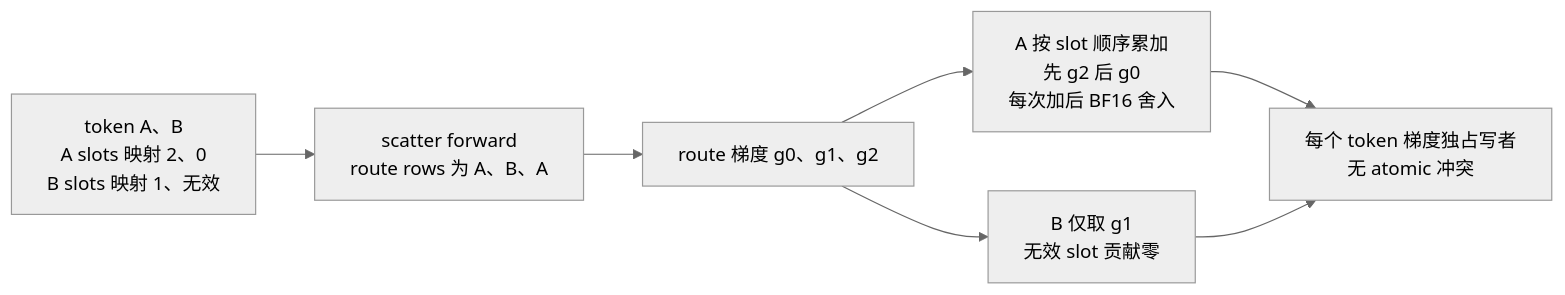
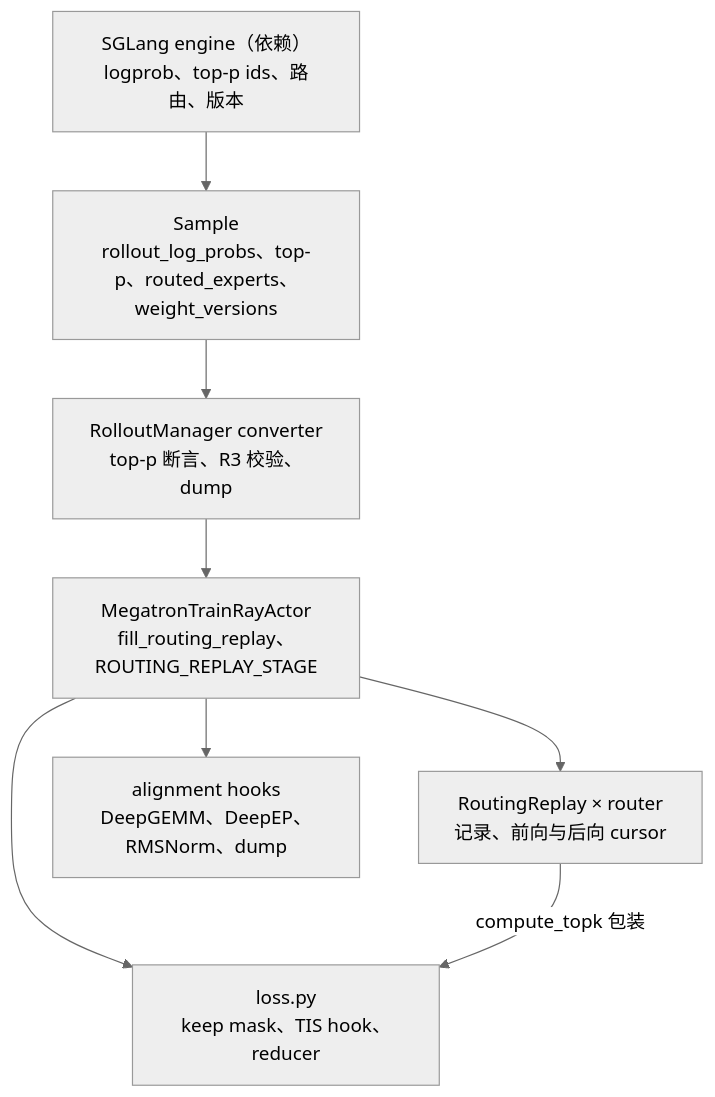
Before and after one commit to suhaibo666/llm-knowledge: the third of 4 diagrams in wiki/02_engineering/04_posttrain_frameworks/slime/17_slime_train_inference_consistency_analysis.md, drawn with Mermaid (neutral theme). The commit also changed other lines of this file and 89 other files, not shown here.

````diff
--- a/wiki/02_engineering/04_posttrain_frameworks/slime/17_slime_train_inference_consistency_analysis.md
+++ b/wiki/02_engineering/04_posttrain_frameworks/slime/17_slime_train_inference_consistency_analysis.md
@@ -197,9 +281,15 @@
 ```mermaid
-flowchart LR
-    T["token A、B<br/>A slots 映射 2、0<br/>B slots 映射 1、无效"] --> S["scatter forward<br/>route rows 为 A、B、A"]
-    S --> G["route 梯度 g0、g1、g2"]
-    G --> A["A 按 slot 顺序累加<br/>先 g2 后 g0<br/>每次加后 BF16 舍入"]
-    G --> B["B 仅取 g1<br/>无效 slot 贡献零"]
-    A --> O["每个 token 梯度独占写者<br/>无 atomic 冲突"]
-    B --> O
+flowchart TB
+    SG["SGLang engine（依赖）<br/>logprob、top-p ids、路由、版本"]
+    SA["Sample<br/>rollout_log_probs、top-p、routed_experts、weight_versions"]
+    RM["RolloutManager converter<br/>top-p 断言、R3 校验、dump"]
+    AC["MegatronTrainRayActor<br/>fill_routing_replay、ROUTING_REPLAY_STAGE"]
+    RR["RoutingReplay × router<br/>记录、前向与后向 cursor"]
+    AL["alignment hooks<br/>DeepGEMM、DeepEP、RMSNorm、dump"]
+    LO["loss.py<br/>keep mask、TIS hook、reducer"]
+    SG --> SA --> RM --> AC
+    AC --> RR
+    AC --> AL
+    AC --> LO
+    RR -->|compute_topk 包装| LO
 ```
````
